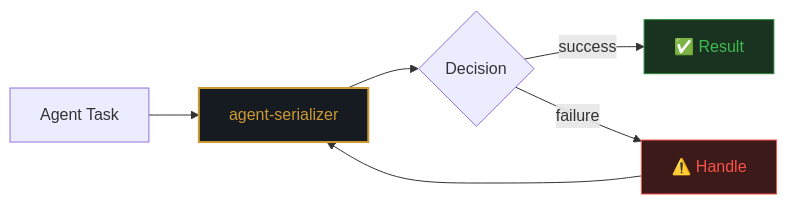
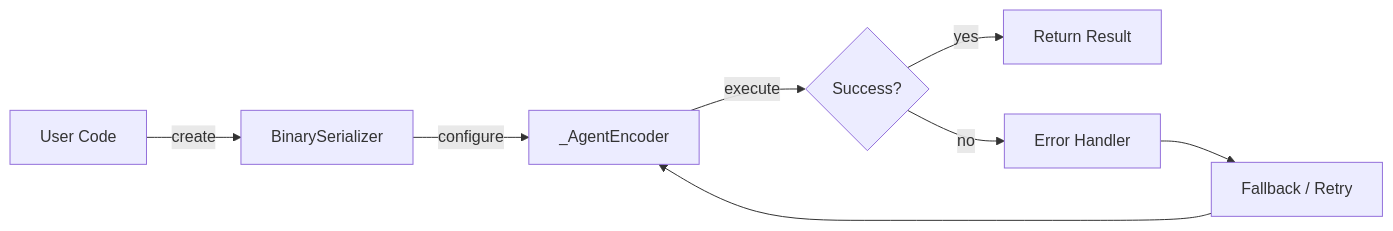
The first of 2 diagrams in README.md (darshjme/agent-serializer), drawn with Mermaid before and after one commit. The commit also changed other lines of this file and 1 other file, not shown here.

````diff
--- a/README.md
+++ b/README.md
@@ -59,12 +67,10 @@
 ```mermaid
 flowchart LR
-    A[Agent Task] --> B[agent-serializer]
-    B --> C{Decision}
-    C -->|success| D[✅ Result]
-    C -->|failure| E[⚠️ Handle]
-    E --> B
-
-    style B fill:#161b22,stroke:#cc9933,stroke-width:2,color:#cc9933
-    style D fill:#1a3320,stroke:#238636,color:#3fb950
-    style E fill:#3d1a1a,stroke:#f85149,color:#f85149
+    A[User Code] -->|create| B[BinarySerializer]
+    B -->|configure| C[_AgentEncoder]
+    C -->|execute| D{Success?}
+    D -->|yes| E[Return Result]
+    D -->|no| F[Error Handler]
+    F --> G[Fallback / Retry]
+    G --> C
 ```
````
